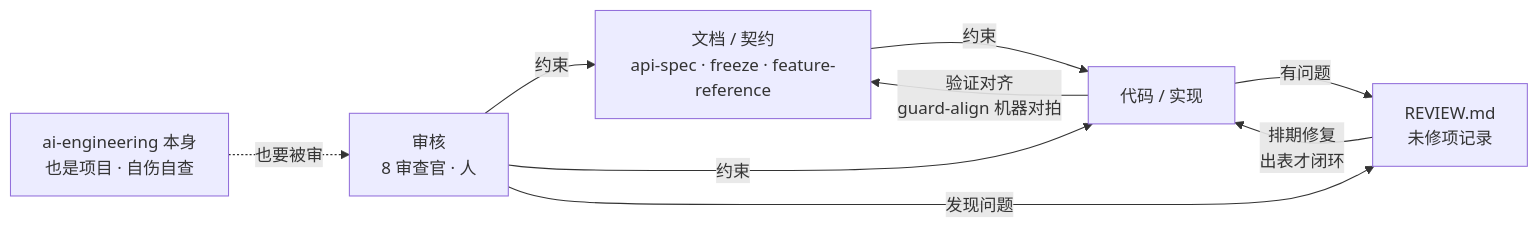
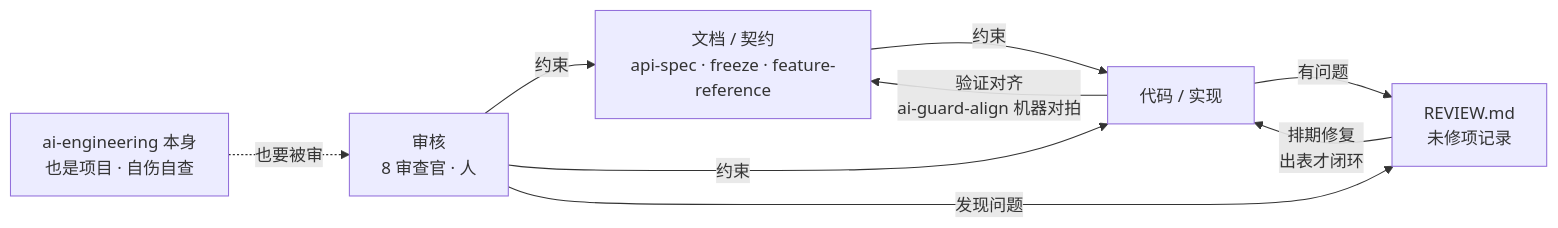
Before and after one commit to adaios/adaios: the first of 3 diagrams in .agents/workflow/overview.md, drawn with Mermaid. The commit also changed other lines of this file and 144 other files, not shown here.

````diff
--- a/.agents/workflow/overview.md
+++ b/.agents/workflow/overview.md
@@ -26,11 +26,11 @@
 ```mermaid
 flowchart LR
     DOC["文档 / 契约<br/>api-spec · freeze · feature-reference"] -- 约束 --> CODE["代码 / 实现"]
-    CODE -- "验证对齐<br/>guard-align 机器对拍" --> DOC
+    CODE -- "验证对齐<br/>ai-guard-align 机器对拍" --> DOC
     CODE -- 有问题 --> REVIEW["REVIEW.md<br/>未修项记录"]
     AUDIT["审核<br/>8 审查官 · 人"] -- 约束 --> DOC
     AUDIT -- 约束 --> CODE
     AUDIT -- 发现问题 --> REVIEW
     REVIEW -- "排期修复<br/>出表才闭环" --> CODE
     META["ai-engineering 本身<br/>也是项目 · 自伤自查"] -. 也要被审 .-> AUDIT
 ```
````
